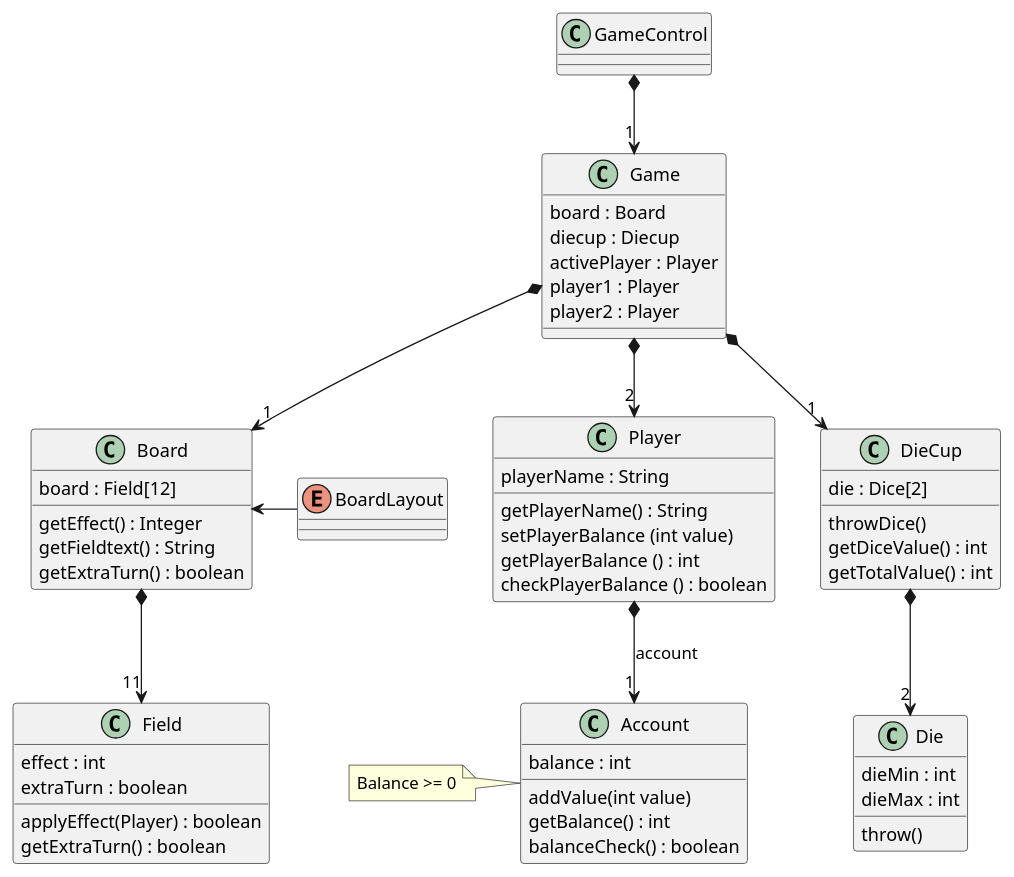
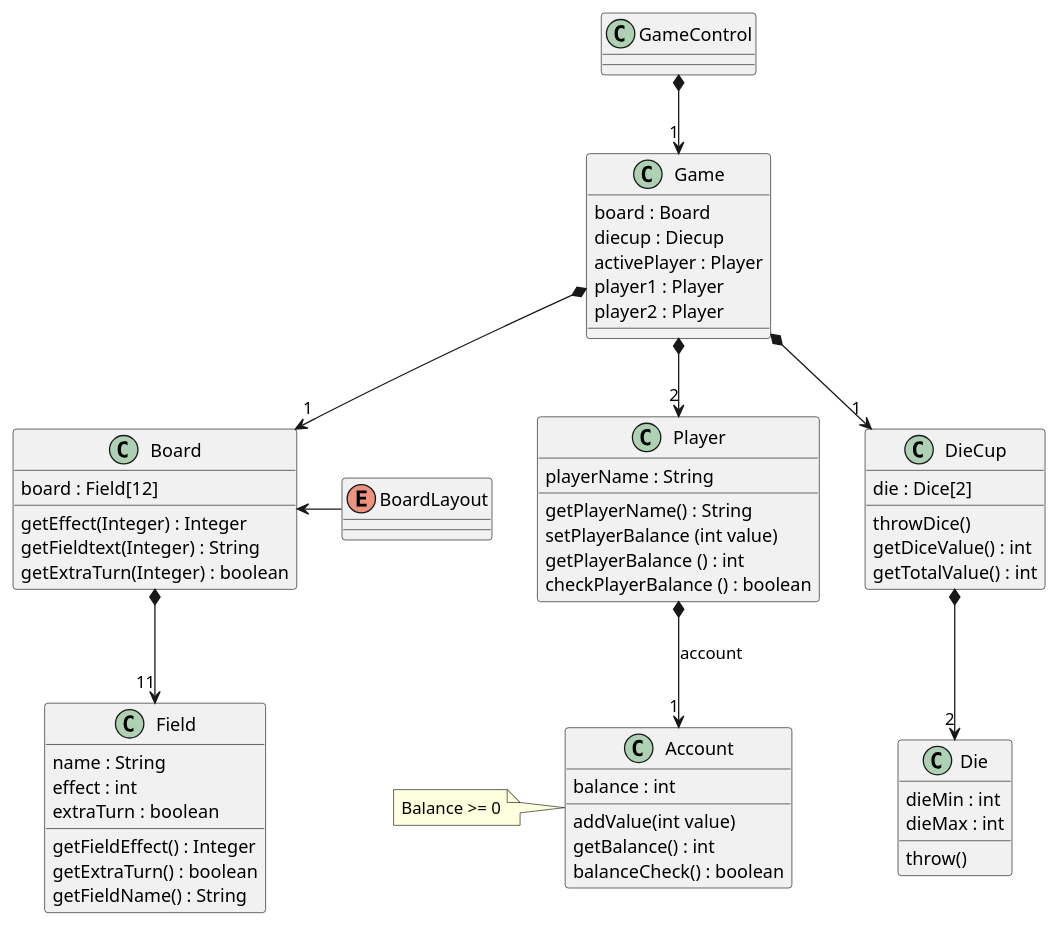
Before and after one commit to PhilipCramer/CDIO_del2: the diagram in src/main/resources/DesignClassDiagram.puml, drawn with PlantUML.

Commit message:
updated methodnames and parameters in diagram

```diff
--- a/src/main/resources/DesignClassDiagram.puml
+++ b/src/main/resources/DesignClassDiagram.puml
@@ -1,79 +1,81 @@
 @startuml ClassDiagram
 
 class "GameControl" as GameControl {
     
 
 }
 
 class "Player" as Player {
     playerName : String
 
     getPlayerName() : String
     setPlayerBalance (int value)
     getPlayerBalance () : int
     checkPlayerBalance () : boolean
 
 }
 
 class "Account" as Account {
     balance : int
 
     addValue(int value)
     getBalance() : int
     balanceCheck() : boolean
 }
 note left
     Balance >= 0
     end note
 
 class "DieCup" as Diecup {
     die : Dice[2]
     
     throwDice()
     getDiceValue() : int
     getTotalValue() : int
 }
 
 class "Die" as Dice {
     dieMin : int
     dieMax : int
 
     throw()
 }
 
 class "Board" as Board {
     board : Field[12]
 
-    getEffect() : Integer
-    getFieldtext() : String
-    getExtraTurn() : boolean
+    getEffect(Integer) : Integer
+    getFieldtext(Integer) : String
+    getExtraTurn(Integer) : boolean
 }
 enum BoardLayout{
 }
 
 class "Field" as Field {
+    name : String
     effect : int
     extraTurn : boolean
 
-    applyEffect(Player) : boolean
+    getFieldEffect() : Integer
     getExtraTurn() : boolean
+    getFieldName() : String
 }
 
 class "Game" as Game{
     board : Board
     diecup : Diecup
     activePlayer : Player
     player1 : Player
     player2 : Player
 }
 
 
 Player *--> "1" Account : account
 GameControl *--> "1" Game
 Game *--> "2" Player 
 Game *--> "1" Board
 Board <-r- BoardLayout
 Board  *--> "11" Field
 Game  *--> "1" Diecup
 Diecup *--> "2" Dice
 @enduml
```
